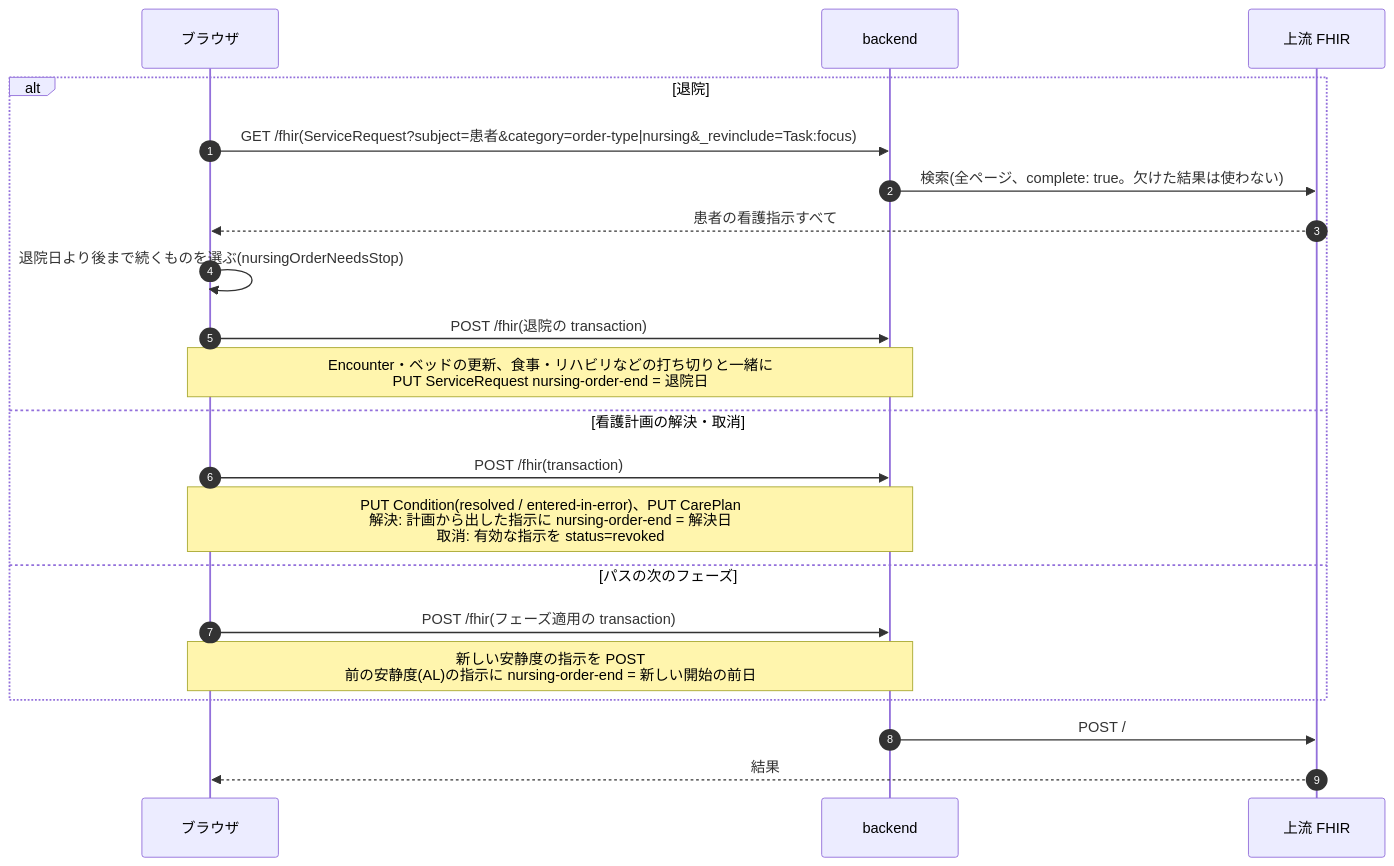
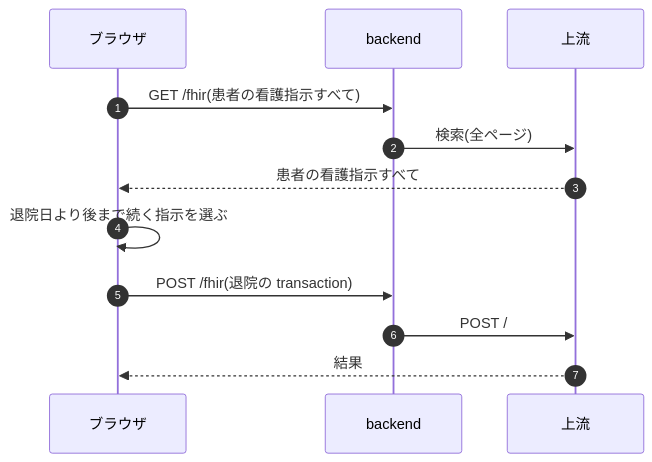
The eighth of 10 diagrams in docs/dev/nursing.md (ysnr-dev/fhir-client-docs), drawn with Mermaid before and after one commit. The commit also changed other lines of this file and 43 other files, not shown here.

Commit message:
docs: 業務フローとシーケンス図を写し直し

````diff
--- a/docs/dev/nursing.md
+++ b/docs/dev/nursing.md
@@ -162,24 +321,15 @@
 ```mermaid
 sequenceDiagram
   autonumber
   participant UI as ブラウザ
   participant BE as backend
-  participant FHIR as 上流 FHIR
+  participant FHIR as 上流
 
-  alt 退院
-    UI->>BE: GET /fhir(ServiceRequest?subject=患者&category=order-type|nursing&_revinclude=Task:focus)
-    BE->>FHIR: 検索(全ページ、complete: true。欠けた結果は使わない)
-    FHIR-->>UI: 患者の看護指示すべて
-    UI->>UI: 退院日より後まで続くものを選ぶ(nursingOrderNeedsStop)
-    UI->>BE: POST /fhir(退院の transaction)
-    Note over UI,BE: Encounter・ベッドの更新、食事・リハビリなどの打ち切りと一緒に<br/>PUT ServiceRequest nursing-order-end = 退院日
-  else 看護計画の解決・取消
-    UI->>BE: POST /fhir(transaction)
-    Note over UI,BE: PUT Condition(resolved / entered-in-error)、PUT CarePlan<br/>解決: 計画から出した指示に nursing-order-end = 解決日<br/>取消: 有効な指示を status=revoked
-  else パスの次のフェーズ
-    UI->>BE: POST /fhir(フェーズ適用の transaction)
-    Note over UI,BE: 新しい安静度の指示を POST<br/>前の安静度(AL)の指示に nursing-order-end = 新しい開始の前日
-  end
+  UI->>BE: GET /fhir(患者の看護指示すべて)
+  BE->>FHIR: 検索(全ページ)
+  FHIR-->>UI: 患者の看護指示すべて
+  UI->>UI: 退院日より後まで続く指示を選ぶ
+  UI->>BE: POST /fhir(退院の transaction)
   BE->>FHIR: POST /
   FHIR-->>UI: 結果
 ```
````
